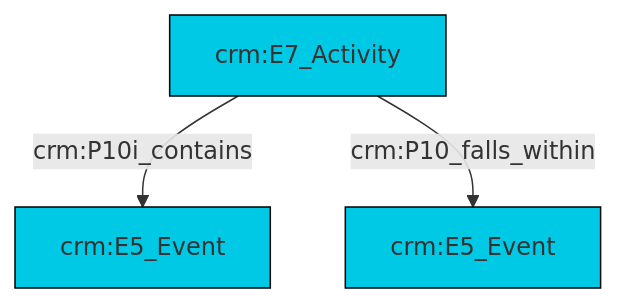
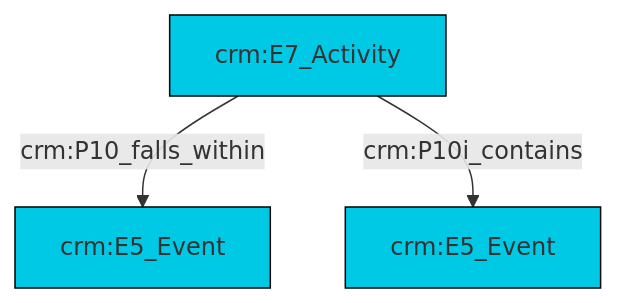
The diagram in et/eventCSV/ttl/mmd/event_parthood.ttl.mmd (swiss-art-research-net/reference-data-models), drawn with Mermaid before and after one commit. The commit also changed 124 other files, not shown here.

```diff
--- a/et/eventCSV/ttl/mmd/event_parthood.ttl.mmd
+++ b/et/eventCSV/ttl/mmd/event_parthood.ttl.mmd
@@ -1,17 +1,17 @@
 graph TD
 classDef Literal fill:#f2f2f2,stroke:#000000;
 classDef CRM_Entity fill:#FFFFFF,stroke:#000000;
 classDef Temporal_Entity fill:#00C9E6, stroke:#000000;
 classDef Type fill:#E18312, stroke:#000000;
 classDef Time-Span fill:#2C9C91, stroke:#000000;
 classDef Appellation fill:#FFEB7F, stroke:#000000;
 classDef Place fill:#008836, stroke:#000000;
 classDef Persistent_Item fill:#B266B2, stroke:#000000;
 classDef Conceptual_Object fill:#FFD700, stroke:#000000;
 classDef Physical_Thing fill:#D2B48C, stroke:#000000;
 classDef Actor fill:#f58aad, stroke:#000000;
 classDef PC_Classes fill:#4ce600, stroke:#000000;
 classDef Multi fill:#cccccc,stroke:#000000;
 
-0["crm:E7_Activity"]:::Temporal_Entity -->|crm:P10i_contains| 1["crm:E5_Event"]:::Temporal_Entity
-0["crm:E7_Activity"]:::Temporal_Entity -->|crm:P10_falls_within| 3["crm:E5_Event"]:::Temporal_Entity
+0["crm:E7_Activity"]:::Temporal_Entity -->|crm:P10_falls_within| 1["crm:E5_Event"]:::Temporal_Entity
+0["crm:E7_Activity"]:::Temporal_Entity -->|crm:P10i_contains| 4["crm:E5_Event"]:::Temporal_Entity
```
